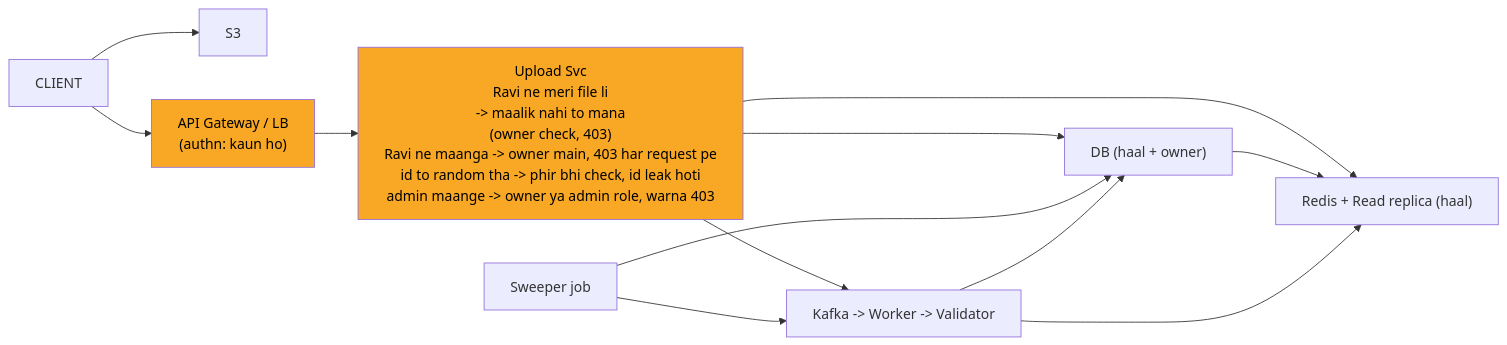
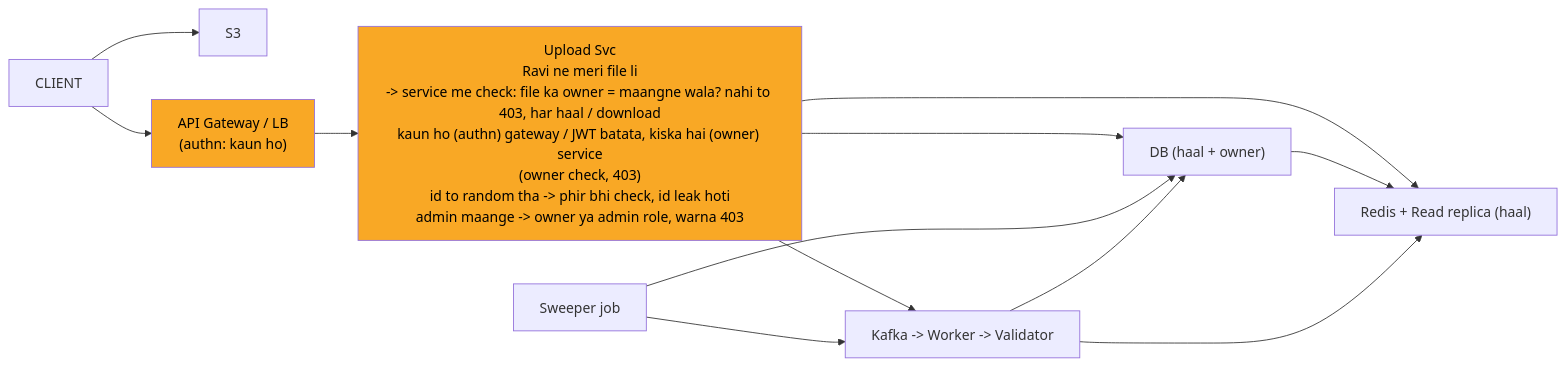
One commit to ArpanMaheshwari144/Prep changed the eighth of 11 diagrams in 04_HLD/SYSTEM_DESIGNS/07_file_upload_validate_system/07_file_upload_INTERVIEW.md. Above: the diagram before and after it, drawn with Mermaid. The commit also changed other lines of this file and 13 other files, not shown here.

````diff
--- a/04_HLD/SYSTEM_DESIGNS/07_file_upload_validate_system/07_file_upload_INTERVIEW.md
+++ b/04_HLD/SYSTEM_DESIGNS/07_file_upload_validate_system/07_file_upload_INTERVIEW.md
@@ -345,25 +349,25 @@
 ```mermaid
 %%{init: {"flowchart": {"wrappingWidth": 450}}}%%
 flowchart LR
     n_CLIENT["CLIENT"]
     n_S3["S3"]
     n_API_Gateway_LB["API Gateway / LB<br/>(authn: kaun ho)"]
-    n_Upload_Svc["Upload Svc<br/>Ravi ne meri file li<br/>-> maalik nahi to mana<br/>(owner check, 403)<br/>Ravi ne maanga -> owner main, 403 har request pe<br/>id to random tha -> phir bhi check, id leak hoti<br/>admin maange -> owner ya admin role, warna 403"]
+    n_Upload_Svc["Upload Svc<br/>Ravi ne meri file li<br/>-> service me check: file ka owner = maangne wala? nahi to 403, har haal / download<br/>kaun ho (authn) gateway / JWT batata, kiska hai (owner) service<br/>(owner check, 403)<br/>id to random tha -> phir bhi check, id leak hoti<br/>admin maange -> owner ya admin role, warna 403"]
     n_RC["Redis + Read replica (haal)"]
     n_DB["DB (haal + owner)"]
     n_Sweeper_job["Sweeper job"]
     n_CHAIN["Kafka -> Worker -> Validator"]
     n_CLIENT --> n_S3
     n_CLIENT --> n_API_Gateway_LB
     n_API_Gateway_LB --> n_Upload_Svc
     n_Upload_Svc --> n_RC
     n_Upload_Svc --> n_DB
     n_DB --> n_RC
     n_Upload_Svc --> n_CHAIN
     n_Sweeper_job --> n_DB
     n_Sweeper_job --> n_CHAIN
     n_CHAIN --> n_DB
     n_CHAIN --> n_RC
     style n_API_Gateway_LB fill:#f9a825,color:#000
     style n_Upload_Svc fill:#f9a825,color:#000
 ```
````
